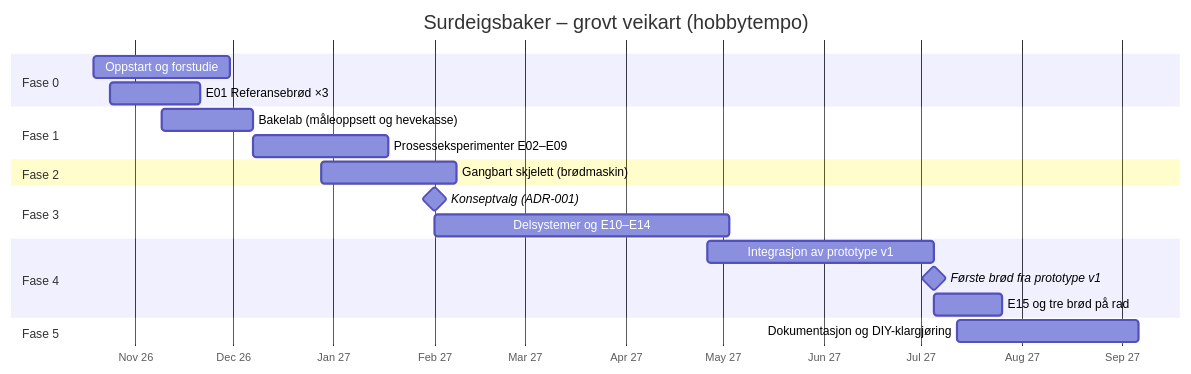
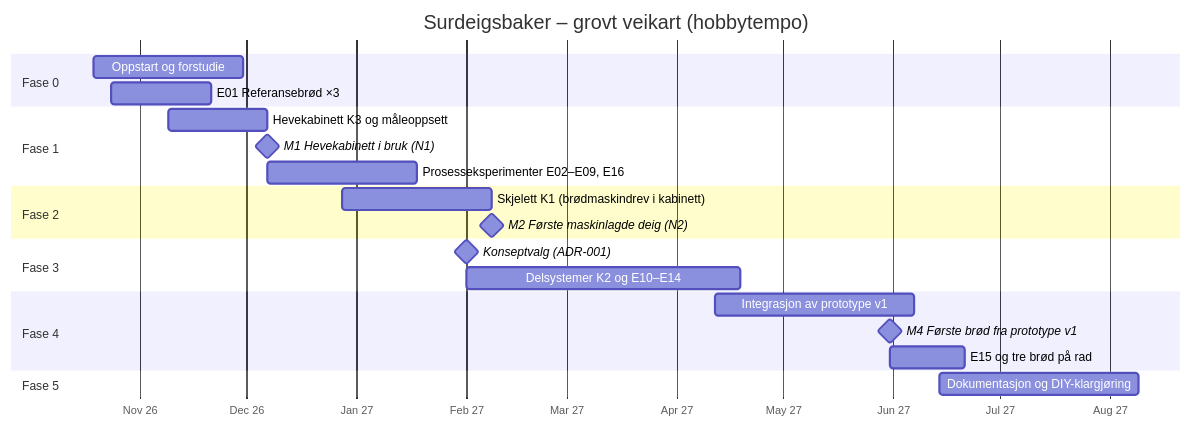
The diagram in docs/04-veikart.md (erikhafnor/surdeigsbaker), drawn with Mermaid before and after one commit. The commit also changed other lines of this file and 18 other files, not shown here.

````diff
--- a/docs/04-veikart.md
+++ b/docs/04-veikart.md
@@ -7,23 +7,25 @@
 ```mermaid
 gantt
     title Surdeigsbaker – grovt veikart (hobbytempo)
     dateFormat  YYYY-MM-DD
     axisFormat  %b %y
     section Fase 0
-    Oppstart og forstudie            :f0, 2026-10-19, 6w
-    E01 Referansebrød ×3             :e01, 2026-10-24, 4w
+    Oppstart og forstudie               :f0, 2026-10-19, 6w
+    E01 Referansebrød ×3                :e01, 2026-10-24, 4w
     section Fase 1
-    Bakelab (måleoppsett og hevekasse)  :f1a, 2026-11-09, 4w
-    Prosesseksperimenter E02–E09     :f1b, after f1a, 6w
+    Hevekabinett K3 og måleoppsett      :f1a, 2026-11-09, 4w
+    M1 Hevekabinett i bruk (N1)         :milestone, m1, 2026-12-07, 0d
+    Prosesseksperimenter E02–E09, E16   :f1b, after f1a, 6w
     section Fase 2
-    Gangbart skjelett (brødmaskin)   :f2, 2026-12-28, 6w
+    Skjelett K1 (brødmaskindrev i kabinett) :f2, 2026-12-28, 6w
+    M2 Første maskinlagde deig (N2)     :milestone, m2, 2027-02-08, 0d
     section Fase 3
-    Konseptvalg (ADR-001)            :milestone, m3, 2027-02-01, 0d
-    Delsystemer og E10–E14           :f3, 2027-02-01, 13w
+    Konseptvalg (ADR-001)               :milestone, m3, 2027-02-01, 0d
+    Delsystemer K2 og E10–E14           :f3, 2027-02-01, 11w
     section Fase 4
-    Integrasjon av prototype v1      :f4, 2027-04-26, 10w
-    Første brød fra prototype v1     :milestone, m4, 2027-07-05, 0d
-    E15 og tre brød på rad           :f4b, 2027-07-05, 3w
+    Integrasjon av prototype v1         :f4, 2027-04-12, 8w
+    M4 Første brød fra prototype v1     :milestone, m4, 2027-05-31, 0d
+    E15 og tre brød på rad              :f4b, 2027-05-31, 3w
     section Fase 5
-    Dokumentasjon og DIY-klargjøring :f5, 2027-07-12, 8w
+    Dokumentasjon og DIY-klargjøring    :f5, 2027-06-14, 8w
 ```
````
